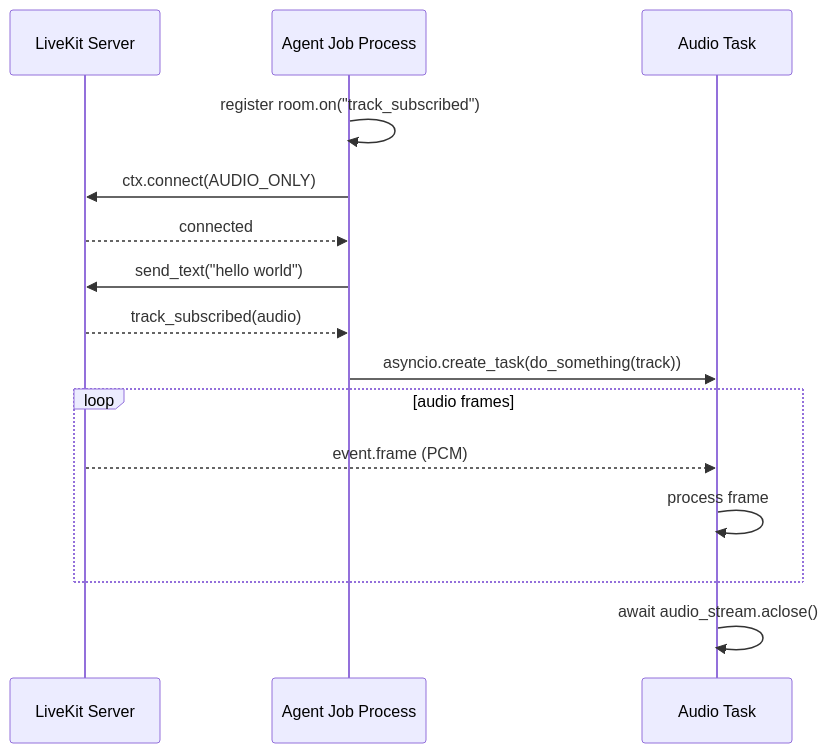
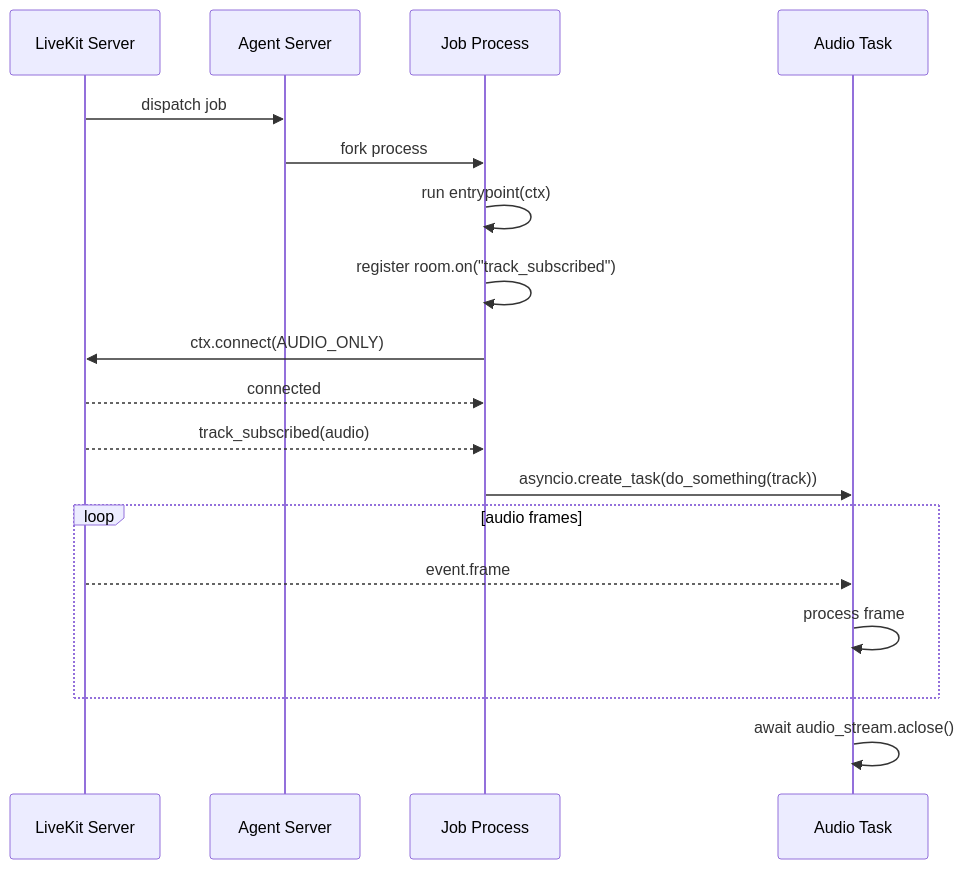
One commit to koei-kaji/note-zk changed the diagram in LiteratureNotes/lit-202603052000-6g79.md. Above: the diagram before and after it, drawn with Mermaid. The commit also changed other lines of this file, not shown here.

Commit message:
docs: rebuild job lifecycle note with code-centric explanations

````diff
--- a/LiteratureNotes/lit-202603052000-6g79.md
+++ b/LiteratureNotes/lit-202603052000-6g79.md
@@ -82,18 +83,21 @@
 ```mermaid
 sequenceDiagram
     participant LK as LiveKit Server
-    participant AG as Agent Job Process
+    participant AS as Agent Server
+    participant J as Job Process
     participant T as Audio Task
 
-    AG->>AG: register room.on("track_subscribed")
-    AG->>LK: ctx.connect(AUDIO_ONLY)
-    LK-->>AG: connected
-    AG->>LK: send_text("hello world")
-    LK-->>AG: track_subscribed(audio)
-    AG->>T: asyncio.create_task(do_something(track))
+    LK->>AS: dispatch job
+    AS->>J: fork process
+    J->>J: run entrypoint(ctx)
+    J->>J: register room.on("track_subscribed")
+    J->>LK: ctx.connect(AUDIO_ONLY)
+    LK-->>J: connected
+    LK-->>J: track_subscribed(audio)
+    J->>T: asyncio.create_task(do_something(track))
     loop audio frames
-        LK-->>T: event.frame (PCM)
+        LK-->>T: event.frame
         T->>T: process frame
     end
     T->>T: await audio_stream.aclose()
 ```
````
